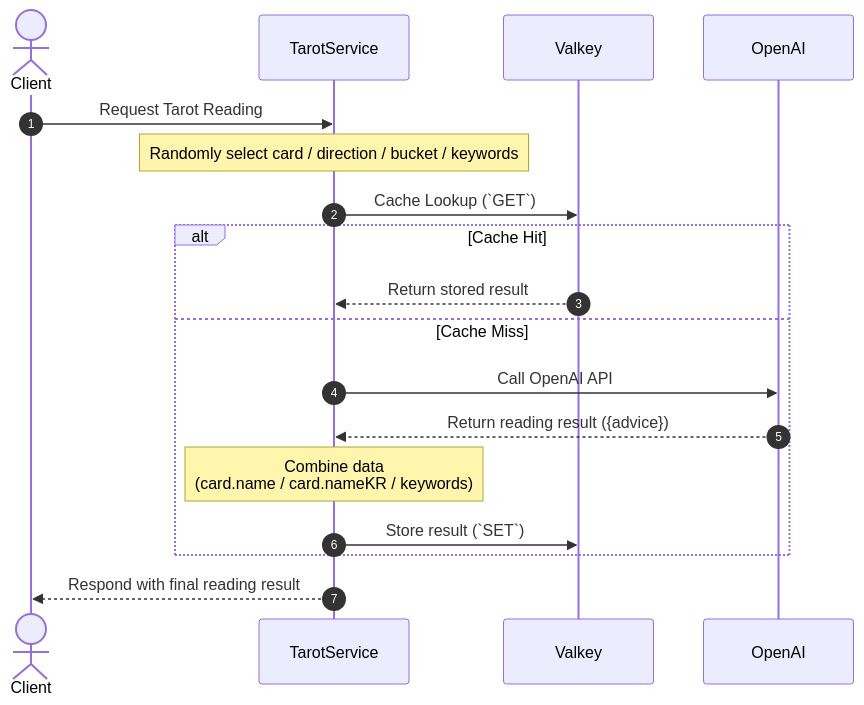
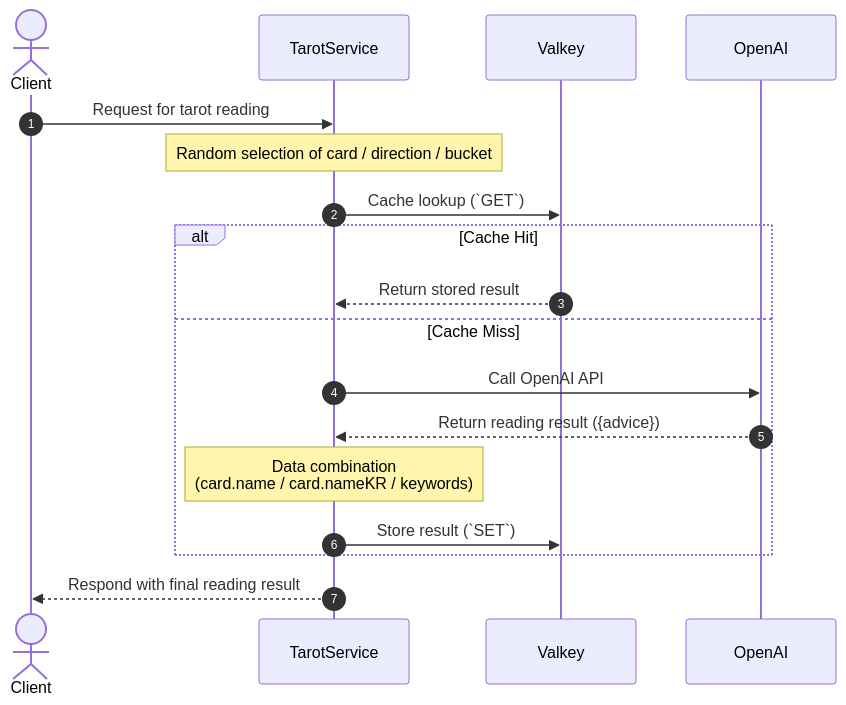
One commit to mandacode-labs/mandacode-devs changed the second of 3 diagrams in src/content/blog/en/tarot-deep-dive.md. Above: the diagram before and after it, drawn with Mermaid. The commit also changed other lines of this file and 7 other files, not shown here.

````diff
--- a/src/content/blog/en/tarot-deep-dive.md
+++ b/src/content/blog/en/tarot-deep-dive.md
@@ -61,26 +61,26 @@
 ```mermaid
 sequenceDiagram
     autonumber
     
     actor Client as Client
     participant Service as TarotService
     participant Cache as Valkey
     participant AI as OpenAI
     
-    Client->>Service: Request Tarot Reading
-    Note over Service: Randomly select card / direction / bucket / keywords
+    Client->>Service: Request for tarot reading
+    Note over Service: Random selection of card / direction / bucket
     
-    Service->>Cache: Cache Lookup (`GET`)
+    Service->>Cache: Cache lookup (`GET`)
     
     alt Cache Hit
         Cache-->>Service: Return stored result
     else Cache Miss
         Service->>AI: Call OpenAI API
         AI-->>Service: Return reading result ({advice})
-        Note over Service: Combine data<br/>(card.name / card.nameKR / keywords)
+        Note over Service: Data combination<br/>(card.name / card.nameKR / keywords)
         Service->>Cache: Store result (`SET`)
     end
     
     Service-->>Client: Respond with final reading result
 
 ```
````
